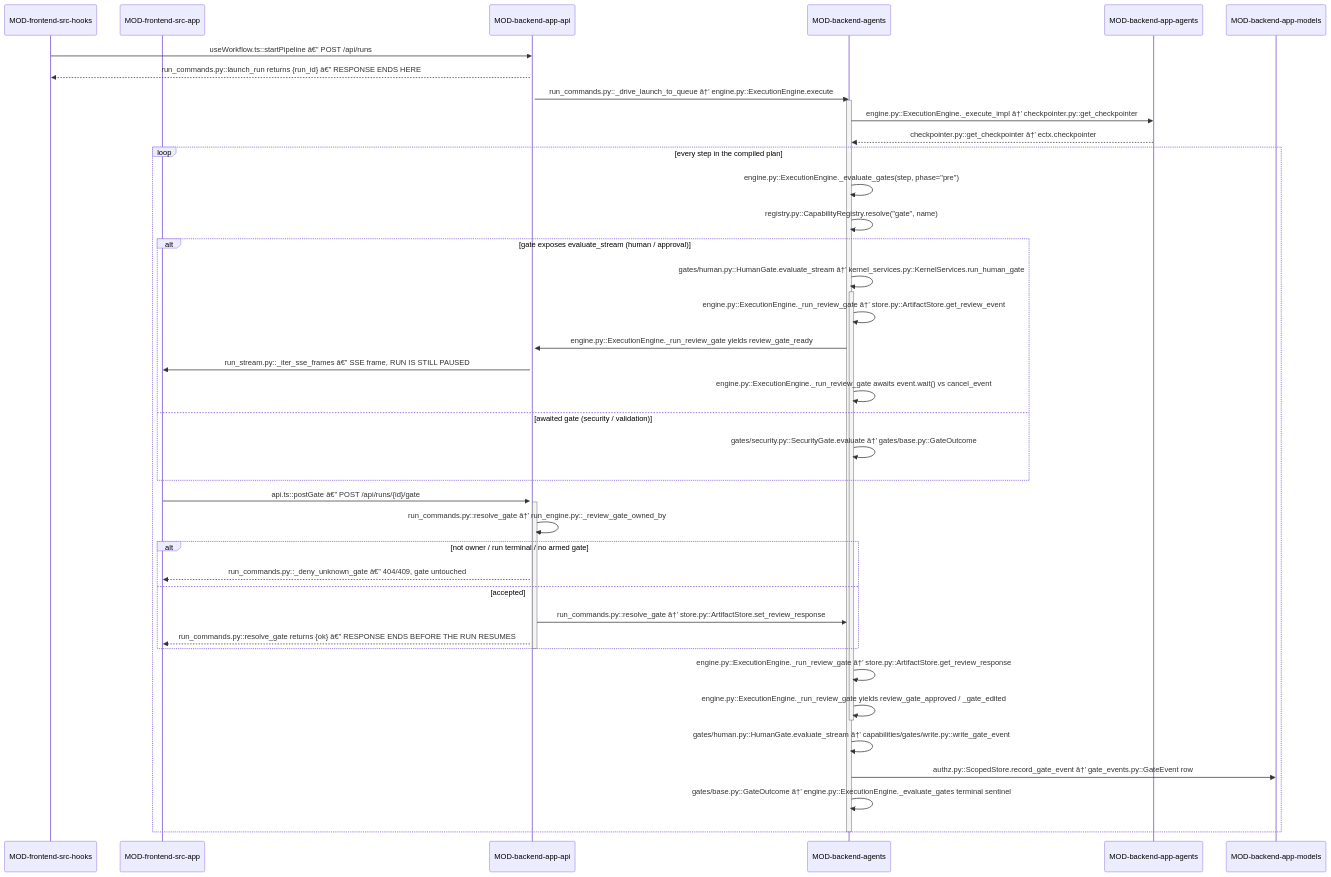
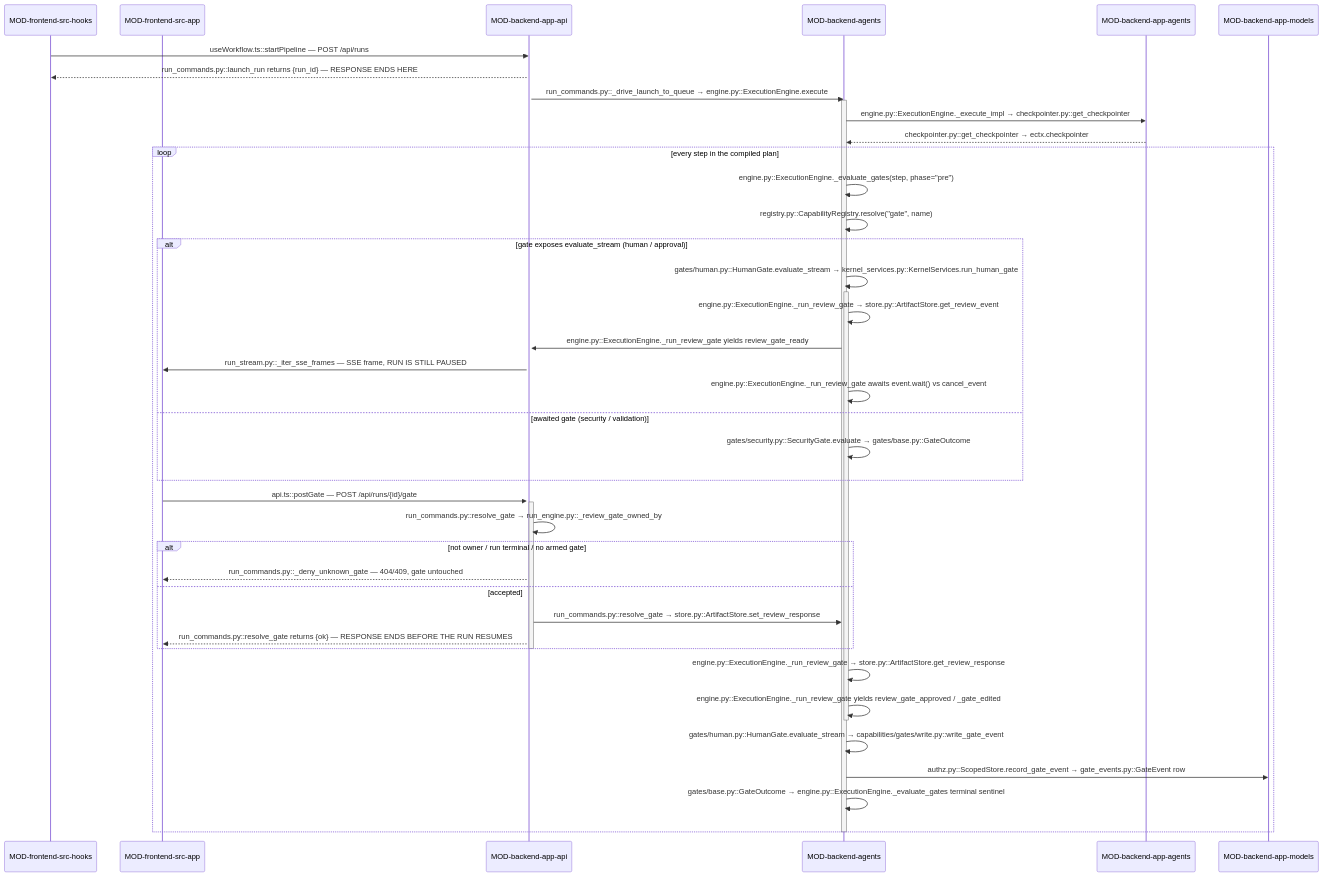
One commit to prateek-sinha7/IdeaFlowAI changed the second of 2 diagrams in .knowledge/architecture/DOMAIN-hitl-gating.md. Above: the diagram before and after it, drawn with Mermaid. The commit also changed other lines of this file and 4493 other files, not shown here.

````diff
--- a/.knowledge/architecture/DOMAIN-hitl-gating.md
+++ b/.knowledge/architecture/DOMAIN-hitl-gating.md
@@ -231,51 +286,51 @@
 ```mermaid
 sequenceDiagram
     participant MOD-frontend-src-hooks
     participant MOD-frontend-src-app
     participant MOD-backend-app-api
     participant MOD-backend-agents
     participant MOD-backend-app-agents
     participant MOD-backend-app-models
 
-    MOD-frontend-src-hooks->>MOD-backend-app-api: useWorkflow.ts::startPipeline â€” POST /api/runs
+    MOD-frontend-src-hooks->>MOD-backend-app-api: useWorkflow.ts::startPipeline — POST /api/runs
     activate MOD-backend-app-api
-    MOD-backend-app-api-->>MOD-frontend-src-hooks: run_commands.py::launch_run returns {run_id} â€” RESPONSE ENDS HERE
-    MOD-backend-app-api->>MOD-backend-agents: run_commands.py::_drive_launch_to_queue â†’ engine.py::ExecutionEngine.execute
+    MOD-backend-app-api-->>MOD-frontend-src-hooks: run_commands.py::launch_run returns {run_id} — RESPONSE ENDS HERE
+    MOD-backend-app-api->>MOD-backend-agents: run_commands.py::_drive_launch_to_queue → engine.py::ExecutionEngine.execute
     activate MOD-backend-agents
-    MOD-backend-agents->>MOD-backend-app-agents: engine.py::ExecutionEngine._execute_impl â†’ checkpointer.py::get_checkpointer
-    MOD-backend-app-agents-->>MOD-backend-agents: checkpointer.py::get_checkpointer â†’ ectx.checkpointer
+    MOD-backend-agents->>MOD-backend-app-agents: engine.py::ExecutionEngine._execute_impl → checkpointer.py::get_checkpointer
+    MOD-backend-app-agents-->>MOD-backend-agents: checkpointer.py::get_checkpointer → ectx.checkpointer
 
     loop every step in the compiled plan
         MOD-backend-agents->>MOD-backend-agents: engine.py::ExecutionEngine._evaluate_gates(step, phase="pre")
         MOD-backend-agents->>MOD-backend-agents: registry.py::CapabilityRegistry.resolve("gate", name)
         alt gate exposes evaluate_stream (human / approval)
-            MOD-backend-agents->>MOD-backend-agents: gates/human.py::HumanGate.evaluate_stream â†’ kernel_services.py::KernelServices.run_human_gate
+            MOD-backend-agents->>MOD-backend-agents: gates/human.py::HumanGate.evaluate_stream → kernel_services.py::KernelServices.run_human_gate
             activate MOD-backend-agents
-            MOD-backend-agents->>MOD-backend-agents: engine.py::ExecutionEngine._run_review_gate â†’ store.py::ArtifactStore.get_review_event
+            MOD-backend-agents->>MOD-backend-agents: engine.py::ExecutionEngine._run_review_gate → store.py::ArtifactStore.get_review_event
             MOD-backend-agents->>MOD-backend-app-api: engine.py::ExecutionEngine._run_review_gate yields review_gate_ready
-            MOD-backend-app-api->>MOD-frontend-src-app: run_stream.py::_iter_sse_frames â€” SSE frame, RUN IS STILL PAUSED
+            MOD-backend-app-api->>MOD-frontend-src-app: run_stream.py::_iter_sse_frames — SSE frame, RUN IS STILL PAUSED
             MOD-backend-agents->>MOD-backend-agents: engine.py::ExecutionEngine._run_review_gate awaits event.wait() vs cancel_event
         else awaited gate (security / validation)
-            MOD-backend-agents->>MOD-backend-agents: gates/security.py::SecurityGate.evaluate â†’ gates/base.py::GateOutcome
+            MOD-backend-agents->>MOD-backend-agents: gates/security.py::SecurityGate.evaluate → gates/base.py::GateOutcome
         end
 
-        MOD-frontend-src-app->>MOD-backend-app-api: api.ts::postGate â€” POST /api/runs/{id}/gate
+        MOD-frontend-src-app->>MOD-backend-app-api: api.ts::postGate — POST /api/runs/{id}/gate
         activate MOD-backend-app-api
-        MOD-backend-app-api->>MOD-backend-app-api: run_commands.py::resolve_gate â†’ run_engine.py::_review_gate_owned_by
+        MOD-backend-app-api->>MOD-backend-app-api: run_commands.py::resolve_gate → run_engine.py::_review_gate_owned_by
         alt not owner / run terminal / no armed gate
-            MOD-backend-app-api-->>MOD-frontend-src-app: run_commands.py::_deny_unknown_gate â€” 404/409, gate untouched
+            MOD-backend-app-api-->>MOD-frontend-src-app: run_commands.py::_deny_unknown_gate — 404/409, gate untouched
         else accepted
-            MOD-backend-app-api->>MOD-backend-agents: run_commands.py::resolve_gate â†’ store.py::ArtifactStore.set_review_response
-            MOD-backend-app-api-->>MOD-frontend-src-app: run_commands.py::resolve_gate returns {ok} â€” RESPONSE ENDS BEFORE THE RUN RESUMES
+            MOD-backend-app-api->>MOD-backend-agents: run_commands.py::resolve_gate → store.py::ArtifactStore.set_review_response
+            MOD-backend-app-api-->>MOD-frontend-src-app: run_commands.py::resolve_gate returns {ok} — RESPONSE ENDS BEFORE THE RUN RESUMES
         end
         deactivate MOD-backend-app-api
 
-        MOD-backend-agents->>MOD-backend-agents: engine.py::ExecutionEngine._run_review_gate â†’ store.py::ArtifactStore.get_review_response
+        MOD-backend-agents->>MOD-backend-agents: engine.py::ExecutionEngine._run_review_gate → store.py::ArtifactStore.get_review_response
         MOD-backend-agents->>MOD-backend-agents: engine.py::ExecutionEngine._run_review_gate yields review_gate_approved / _gate_edited
         deactivate MOD-backend-agents
-        MOD-backend-agents->>MOD-backend-agents: gates/human.py::HumanGate.evaluate_stream â†’ capabilities/gates/write.py::write_gate_event
-        MOD-backend-agents->>MOD-backend-app-models: authz.py::ScopedStore.record_gate_event â†’ gate_events.py::GateEvent row
-        MOD-backend-agents->>MOD-backend-agents: gates/base.py::GateOutcome â†’ engine.py::ExecutionEngine._evaluate_gates terminal sentinel
+        MOD-backend-agents->>MOD-backend-agents: gates/human.py::HumanGate.evaluate_stream → capabilities/gates/write.py::write_gate_event
+        MOD-backend-agents->>MOD-backend-app-models: authz.py::ScopedStore.record_gate_event → gate_events.py::GateEvent row
+        MOD-backend-agents->>MOD-backend-agents: gates/base.py::GateOutcome → engine.py::ExecutionEngine._evaluate_gates terminal sentinel
     end
     deactivate MOD-backend-agents
 ```
````
